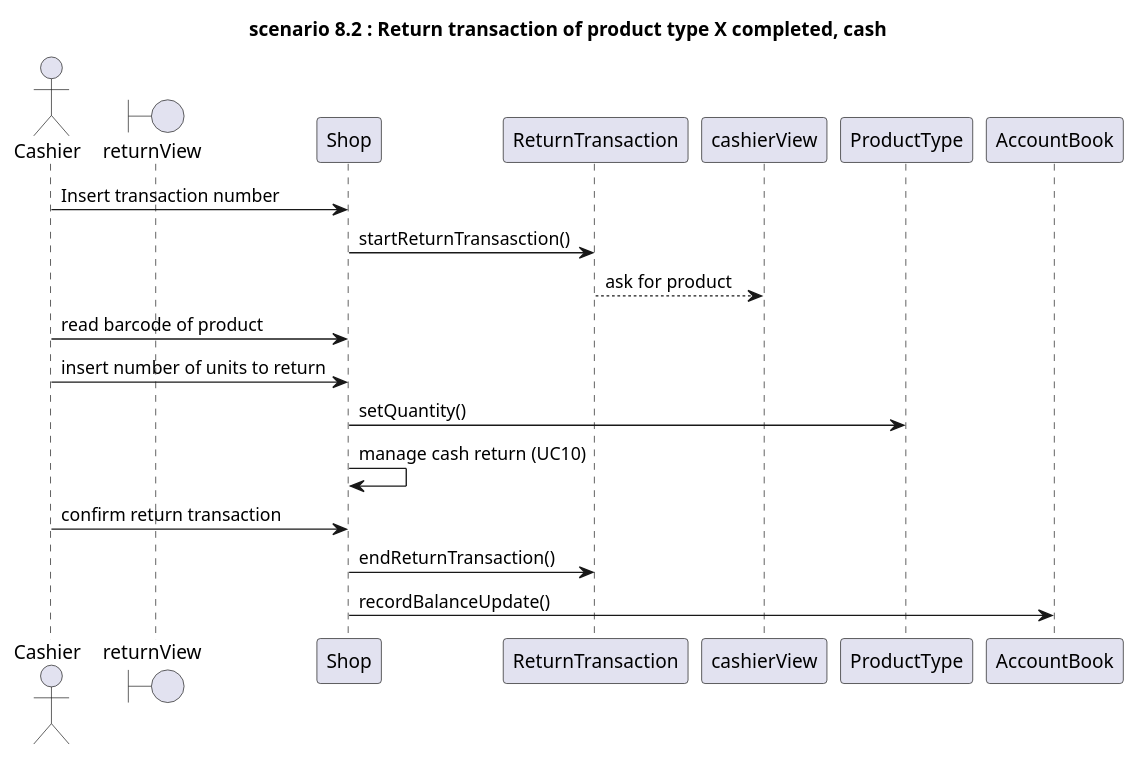
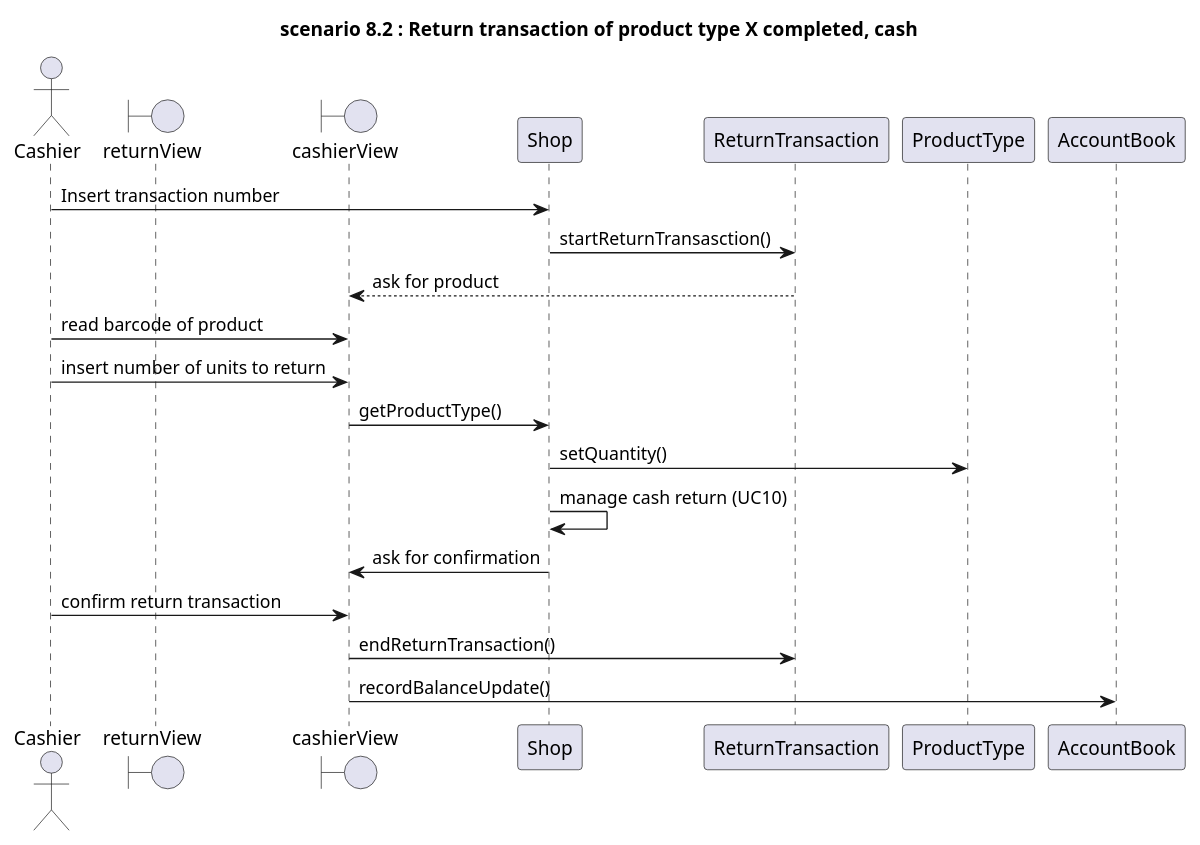
One commit to zitabou/EZShop changed diagram 29 of 32 in Deliverables/DesignDocument.md. Above: the diagram before and after it, drawn with PlantUML. The commit also changed other lines of this file, not shown here.

Commit message:
insert missing functions from sequence diagrams

````diff
--- a/Deliverables/DesignDocument.md
+++ b/Deliverables/DesignDocument.md
@@ -996,19 +1000,22 @@
 ```plantuml
 
 title
 **scenario 8.2** : Return transaction of product type X completed, cash
 end title
 
 Actor Cashier
 Boundary returnView
+Boundary cashierView
 Cashier -> Shop: Insert transaction number
 Shop -> ReturnTransaction: startReturnTransasction()
 ReturnTransaction --> cashierView: ask for product
-Cashier -> Shop: read barcode of product
-Cashier -> Shop: insert number of units to return
+Cashier -> cashierView: read barcode of product
+Cashier -> cashierView: insert number of units to return
+cashierView -> Shop: getProductType()
 Shop -> ProductType: setQuantity()
 Shop -> Shop: manage cash return (UC10)
-Cashier -> Shop: confirm return transaction
-Shop -> ReturnTransaction: endReturnTransaction()
-Shop -> AccountBook: recordBalanceUpdate()
+Shop -> cashierView: ask for confirmation
+Cashier -> cashierView: confirm return transaction
+cashierView -> ReturnTransaction: endReturnTransaction()
+cashierView -> AccountBook: recordBalanceUpdate()
 ```
````
